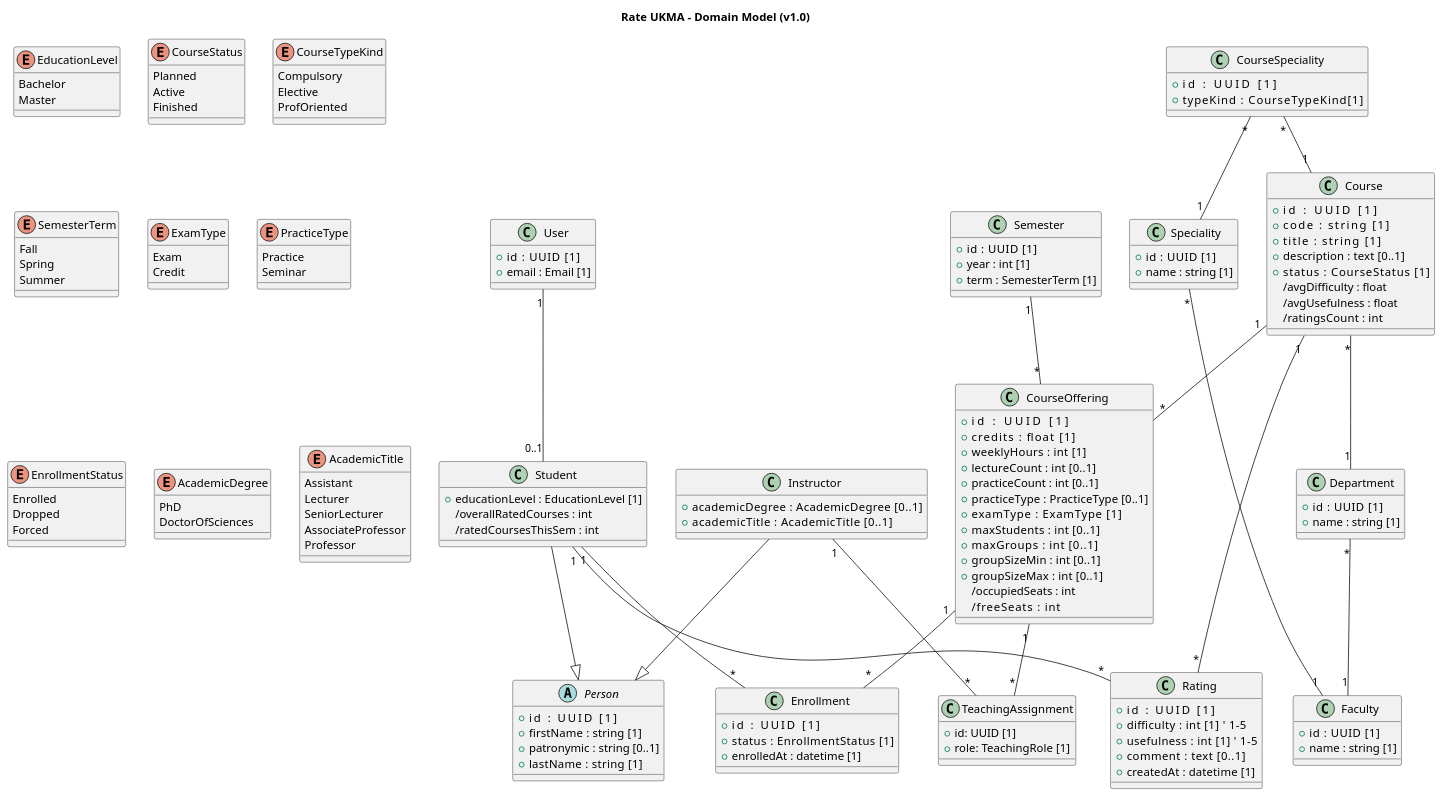
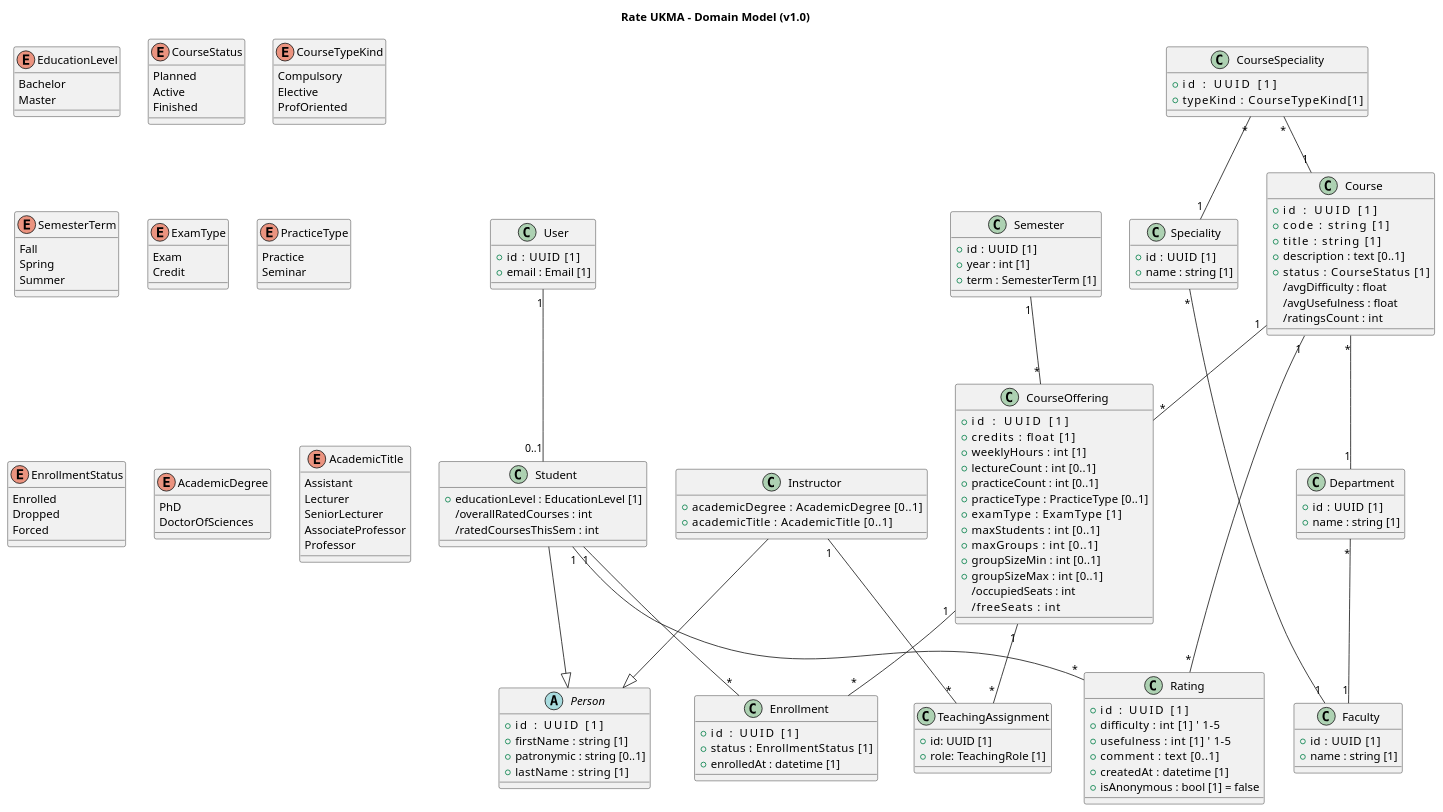
One commit to ukma-cs-ssdm-2025/rate-ukma changed the diagram in docs/architecture/uml/domain-model.puml. Above: the diagram before and after it, drawn with PlantUML.

Commit message:
docs(#86): add 'anonymity' field to Rating

```diff
--- a/docs/architecture/uml/domain-model.puml
+++ b/docs/architecture/uml/domain-model.puml
@@ -1,168 +1,169 @@
 @startuml core-domain-model
 title Rate UKMA – Domain Model (v1.0)
 
 class User {
   +id    : UUID [1]
   +email : Email [1]
 }
 
 abstract class Person {
   +id         : UUID [1]
   +firstName  : string [1]
   +patronymic : string [0..1]
   +lastName   : string [1]
 }
 
 class Student {
   +educationLevel : EducationLevel [1]
   /overallRatedCourses : int
   /ratedCoursesThisSem : int
 }
 User "1" -- "0..1" Student
 Student --|> Person
 
 class Instructor {
   +academicDegree     : AcademicDegree [0..1]
   +academicTitle      : AcademicTitle [0..1]
 }
 Instructor --|> Person
 
 class Faculty {
   +id   : UUID [1]
   +name : string [1]
 }
 
 class Department {
   +id   : UUID [1]
   +name : string [1]
 }
 Department "*" -- "1" Faculty
 
 class Speciality {
   +id   : UUID [1]
   +name : string [1]
 }
 Speciality "*" -- "1" Faculty
 
 class Course {
   +id           : UUID [1]
   +code         : string [1]
   +title        : string [1]
   +description  : text [0..1]
   +status       : CourseStatus [1]
   /avgDifficulty : float
   /avgUsefulness : float
   /ratingsCount  : int
 }
 Course "*" -- "1" Department
 
 class CourseSpeciality {
   +id           : UUID [1]
   +typeKind         : CourseTypeKind[1]
 }
 CourseSpeciality "*" -- "1" Course
 CourseSpeciality "*" -- "1" Speciality
 
 class Semester {
   +id   : UUID [1]
   +year : int [1]
   +term : SemesterTerm [1]
 }
 
 class CourseOffering {
   +id            : UUID [1]
   +credits       : float [1]
   +weeklyHours   : int [1]
   +lectureCount  : int [0..1]
   +practiceCount : int [0..1]
   +practiceType  : PracticeType [0..1]
   +examType      : ExamType [1]
   +maxStudents   : int [0..1]
   +maxGroups     : int [0..1]
   +groupSizeMin  : int [0..1]
   +groupSizeMax  : int [0..1]
   /occupiedSeats : int
   /freeSeats     : int
 }
 Course "1"   -- "*" CourseOffering
 Semester "1" -- "*" CourseOffering
 
 class TeachingAssignment {
   +id: UUID [1]
   +role: TeachingRole [1]
 }
 CourseOffering "1" -- "*" TeachingAssignment
 Instructor "1" -- "*" TeachingAssignment
 
 
 class Enrollment {
   +id         : UUID [1]
   +status     : EnrollmentStatus [1]
   +enrolledAt : datetime [1]
 }
 Student "1"        -- "*" Enrollment
 CourseOffering "1" -- "*" Enrollment
 
 class Rating {
   +id         : UUID [1]
   +difficulty : int [1]    ' 1–5
   +usefulness : int [1]    ' 1–5
   +comment    : text [0..1]
   +createdAt  : datetime [1]
+  +isAnonymous : bool [1] = false
 }
 Student "1" -- "*" Rating
 Course  "1" -- "*" Rating
 
 enum EducationLevel {
   Bachelor
   Master
 }
 
 enum CourseStatus {
   Planned
   Active
   Finished
 }
 
 enum CourseTypeKind {
   Compulsory
   Elective
   ProfOriented
 }
 
 enum SemesterTerm {
   Fall
   Spring
   Summer
 }
 
 enum ExamType {
   Exam
   Credit
 }
 
 enum PracticeType {
   Practice
   Seminar
 }
 
 enum EnrollmentStatus {
   Enrolled
   Dropped
   Forced
 }
 
 enum AcademicDegree {
   PhD
   DoctorOfSciences
 }
 
 enum AcademicTitle {
   Assistant
   Lecturer
   SeniorLecturer
   AssociateProfessor   
   Professor            
 }
 
 @enduml
```
